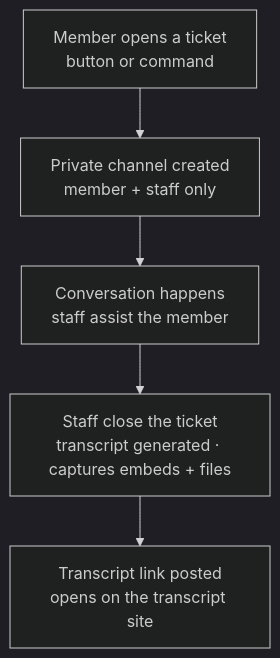
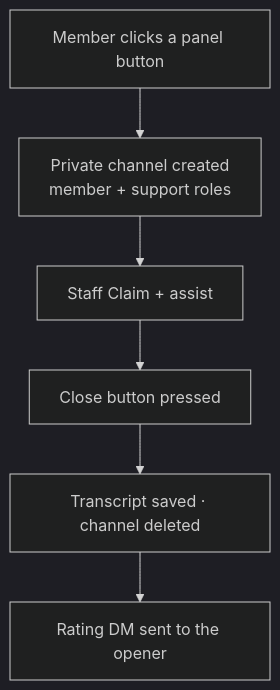
One commit to ashdlasjdh-spec/zeedash changed the diagram in docs-site/docs/tickets.md. Above: the diagram before and after it, drawn with Mermaid (dark theme). The commit also changed other lines of this file and 23 other files, not shown here.

````diff
--- a/docs-site/docs/tickets.md
+++ b/docs-site/docs/tickets.md
@@ -18,7 +14,8 @@
 ```mermaid
 flowchart TD
-    A[Member opens a ticket<br/>button or command] --> B[Private channel created<br/>member + staff only]
-    B --> C[Conversation happens<br/>staff assist the member]
-    C --> D[Staff close the ticket<br/>transcript generated · captures embeds + files]
-    D --> E[Transcript link posted<br/>opens on the transcript site]
+    A[Member clicks a panel button] --> B[Private channel created<br/>member + support roles]
+    B --> C[Staff Claim + assist]
+    C --> D[Close button pressed]
+    D --> E[Transcript saved · channel deleted]
+    E --> F[Rating DM sent to the opener]
 ```
````
